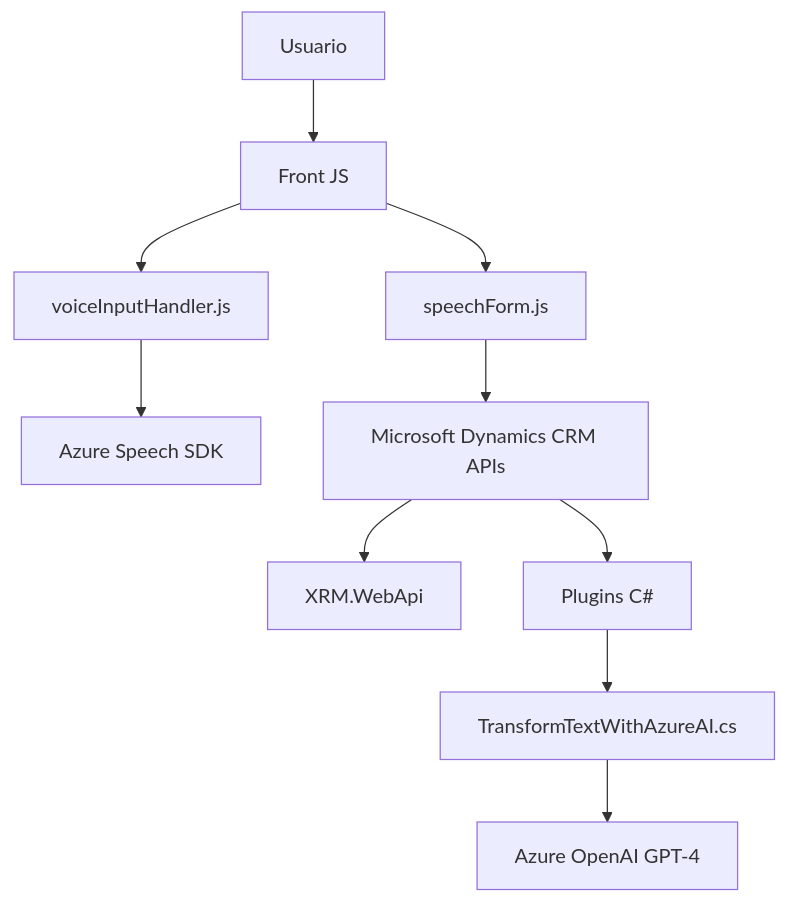
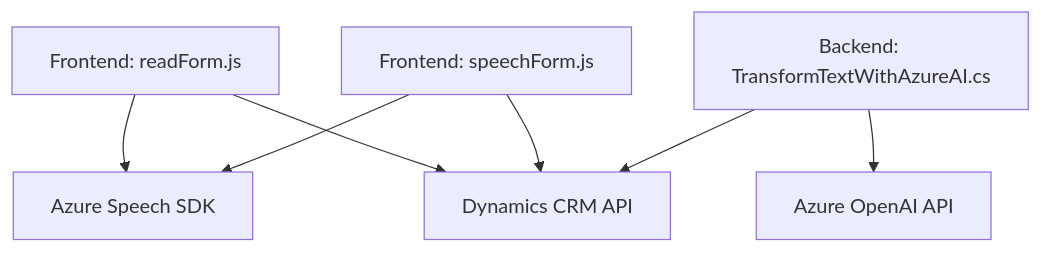
Before and after one commit to blopezdm/NETCORE_BILBAO2025: the diagram in README.md, drawn with Mermaid. The commit also changed other lines of this file, not shown here.

````diff
--- a/README.md
+++ b/README.md
@@ -37,12 +46,16 @@
 ```mermaid
 graph TD
-    A[Usuario] --> B["Front JS"]
-    B --> C["voiceInputHandler.js"]
-    B --> D["speechForm.js"]
-    C --> E["Azure Speech SDK"]
-    D --> F["Microsoft Dynamics CRM APIs"]
-    F --> G["XRM.WebApi"]
-    F --> H["Plugins C#"]
-    H --> I["TransformTextWithAzureAI.cs"]
-    I --> J["Azure OpenAI GPT-4"]
+    A["Frontend: readForm.js"]
+    B["Frontend: speechForm.js"]
+    C["Backend: TransformTextWithAzureAI.cs"]
+    XRM["Dynamics CRM API"]
+    AZR1["Azure Speech SDK"]
+    AZR2["Azure OpenAI API"]
+
+    A --> AZR1
+    A --> XRM
+    B --> AZR1
+    B --> XRM
+    C --> AZR2
+    C --> XRM
 ```
````
